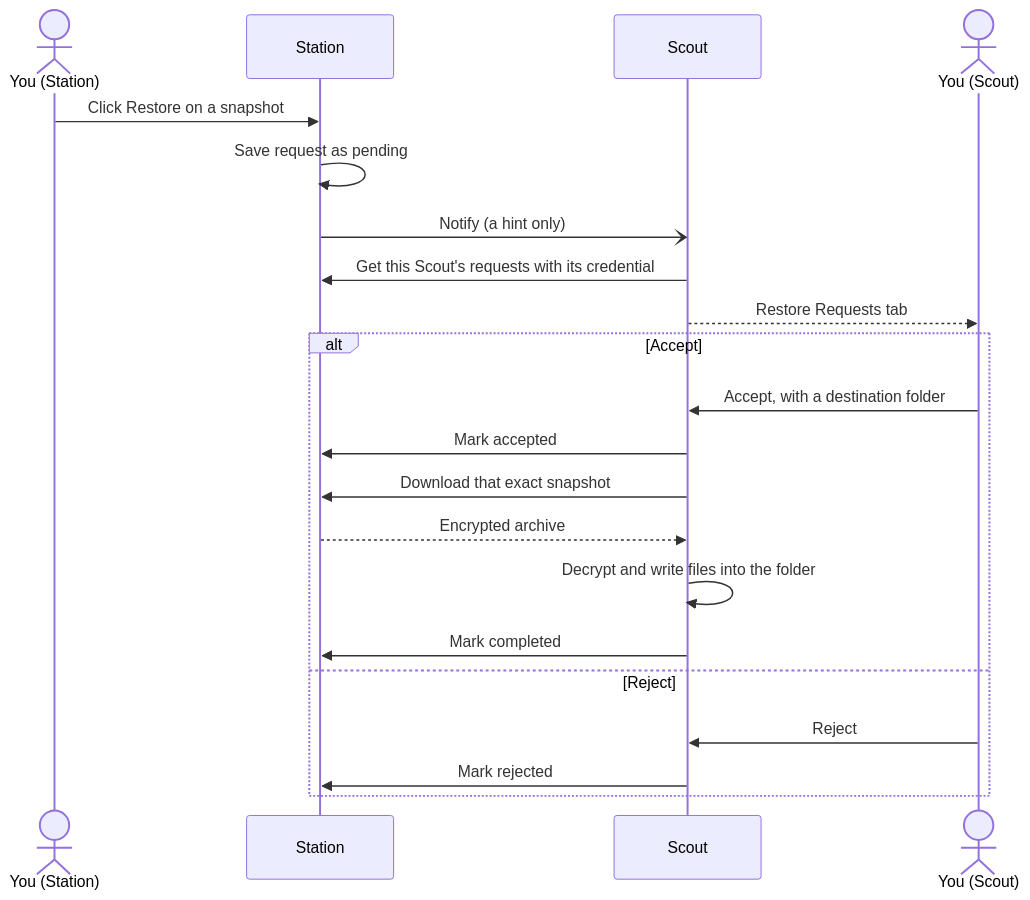
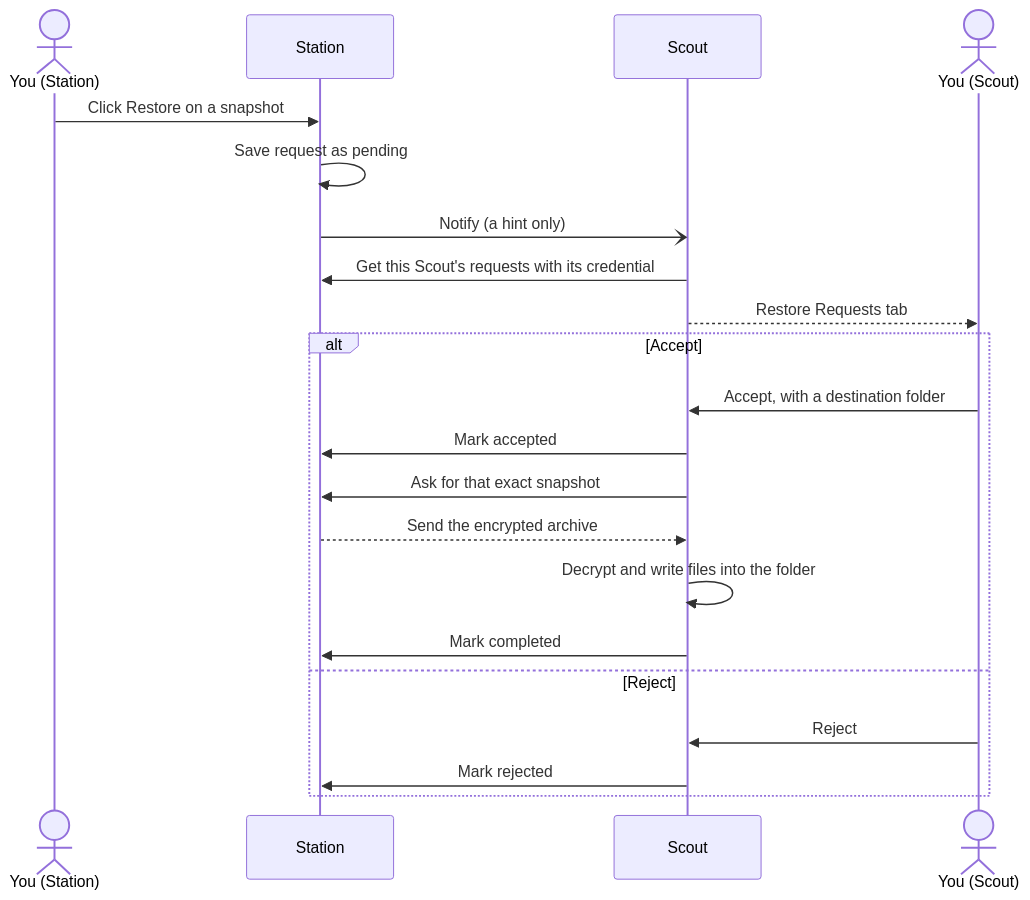
Before and after one commit to thesteau/3to1go: the second of 2 diagrams in docs/scout/restore.mdx, drawn with Mermaid. The commit also changed other lines of this file and 5 other files, not shown here.

Commit message:
Reword diagram

````diff
--- a/docs/scout/restore.mdx
+++ b/docs/scout/restore.mdx
@@ -67,23 +67,23 @@
 ```mermaid
 sequenceDiagram
     actor Admin as You (Station)
     participant Station
     participant Scout
     actor Operator as You (Scout)
     Admin->>Station: Click Restore on a snapshot
     Station->>Station: Save request as pending
     Station-)Scout: Notify (a hint only)
     Scout->>Station: Get this Scout's requests with its credential
     Scout-->>Operator: Restore Requests tab
     alt Accept
         Operator->>Scout: Accept, with a destination folder
         Scout->>Station: Mark accepted
-        Scout->>Station: Download that exact snapshot
-        Station-->>Scout: Encrypted archive
+        Scout->>Station: Ask for that exact snapshot
+        Station-->>Scout: Send the encrypted archive
         Scout->>Scout: Decrypt and write files into the folder
         Scout->>Station: Mark completed
     else Reject
         Operator->>Scout: Reject
         Scout->>Station: Mark rejected
     end
 ```
````
